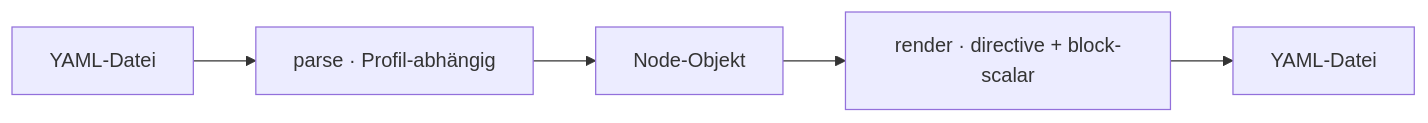
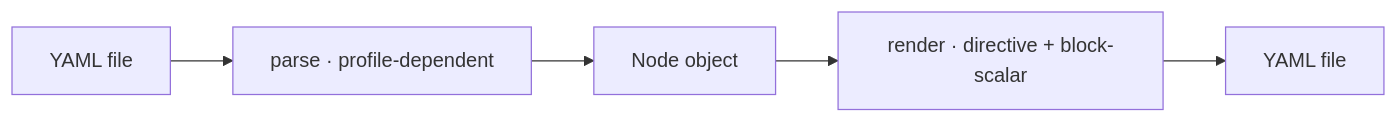
The diagram in docs/core/parser/_parser.md (chafoo/anchored), drawn with Mermaid before and after one commit. The commit also changed other lines of this file and 131 other files, not shown here.

````diff
--- a/docs/core/parser/_parser.md
+++ b/docs/core/parser/_parser.md
@@ -9,5 +9,5 @@
 ```mermaid
 flowchart LR
-    f["YAML-Datei"] --> p["parse · Profil-abhängig"] --> node["Node-Objekt"]
-    node --> r["render · directive + block-scalar"] --> f2["YAML-Datei"]
+    f["YAML file"] --> p["parse · profile-dependent"] --> node["Node object"]
+    node --> r["render · directive + block-scalar"] --> f2["YAML file"]
 ```
````
